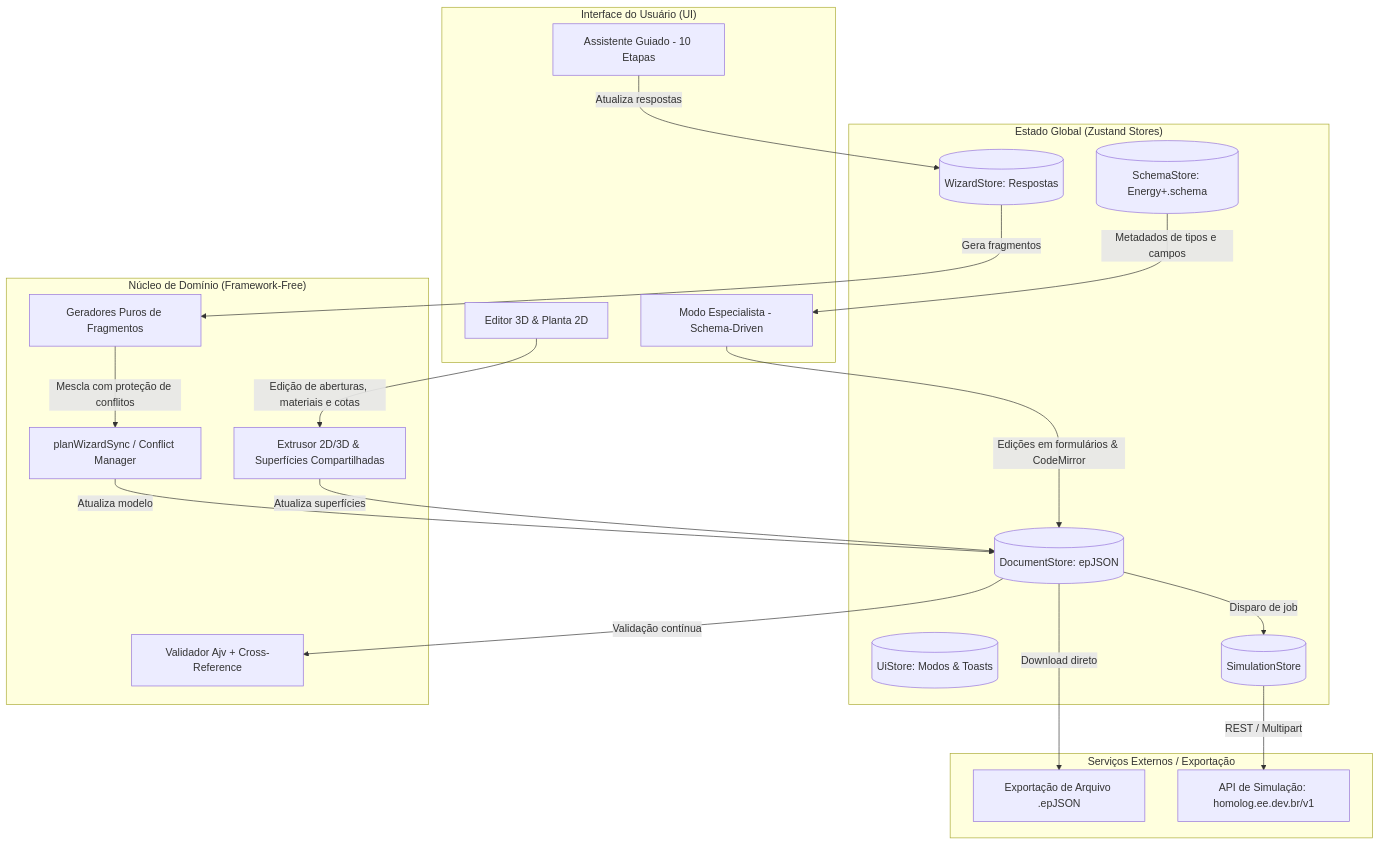
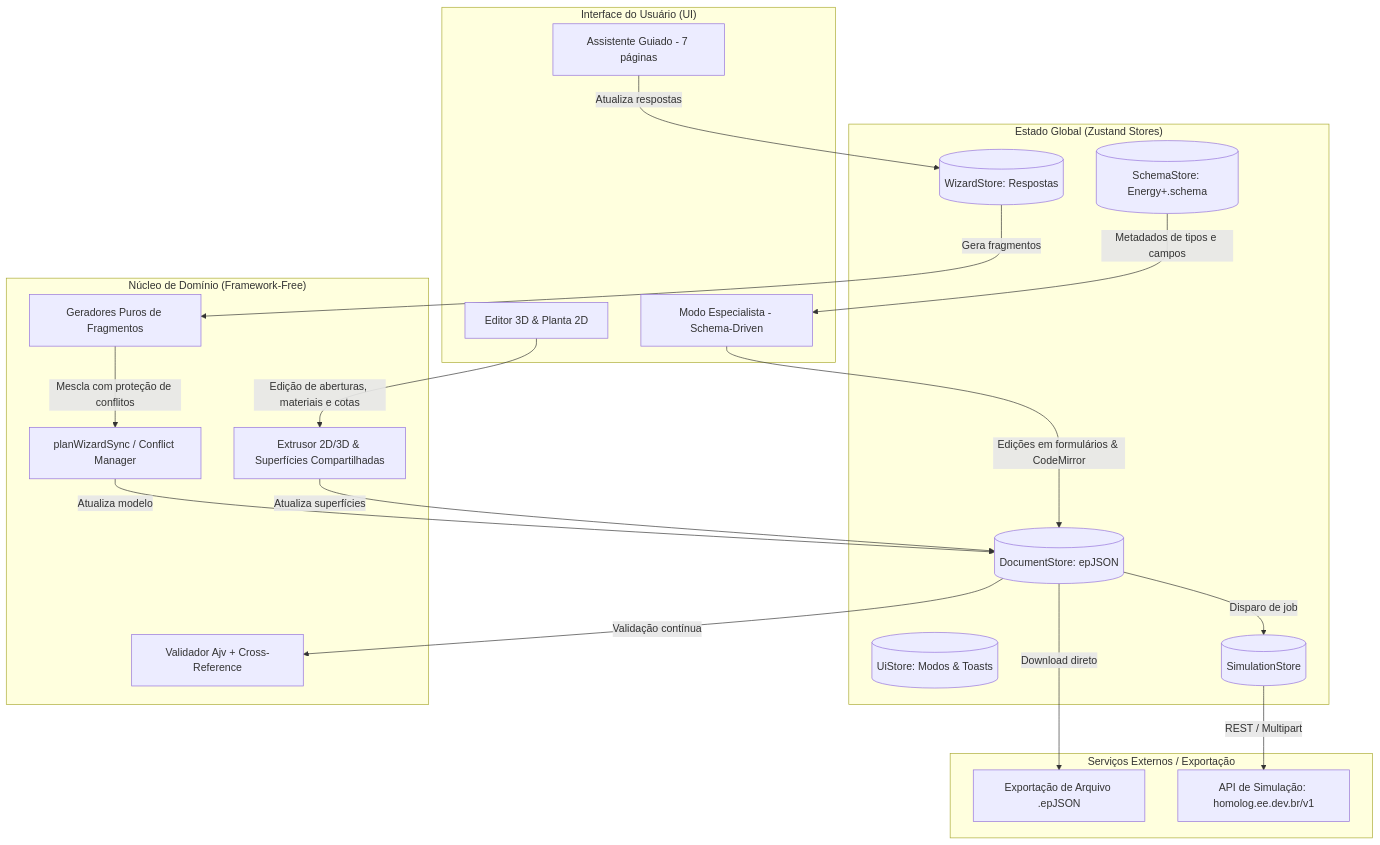
One commit to AlexandreProenca/energy-input changed the diagram in docs/PRD.md. Above: the diagram before and after it, drawn with Mermaid. The commit also changed other lines of this file and 11 other files, not shown here.

First line of the commit message:
feat(assistente): sete páginas em vez de dez

````diff
--- a/docs/PRD.md
+++ b/docs/PRD.md
@@ -77,44 +77,44 @@
 ```mermaid
 flowchart TD
     subgraph UI ["Interface do Usuário (UI)"]
-        W[Assistente Guiado - 10 Etapas]
+        W[Assistente Guiado - 7 páginas]
         G[Editor 3D & Planta 2D]
         E[Modo Especialista - Schema-Driven]
     end
 
     subgraph State ["Estado Global (Zustand Stores)"]
         DS[(DocumentStore: epJSON)]
         WS[(WizardStore: Respostas)]
         SS[(SchemaStore: Energy+.schema)]
         US[(UiStore: Modos & Toasts)]
         SIM[(SimulationStore)]
     end
 
     subgraph Core ["Núcleo de Domínio (Framework-Free)"]
         GEN[Geradores Puros de Fragmentos]
         SYNC[planWizardSync / Conflict Manager]
         VAL[Validador Ajv + Cross-Reference]
         GEO[Extrusor 2D/3D & Superfícies Compartilhadas]
     end
 
     subgraph External ["Serviços Externos / Exportação"]
         FILE[Exportação de Arquivo .epJSON]
         API[API de Simulação: homolog.ee.dev.br/v1]
     end
 
     W -->|Atualiza respostas| WS
     WS -->|Gera fragmentos| GEN
     GEN -->|Mescla com proteção de conflitos| SYNC
     SYNC -->|Atualiza modelo| DS
 
     G -->|Edição de aberturas, materiais e cotas| GEO
     GEO -->|Atualiza superfícies| DS
 
     E -->|Edições em formulários & CodeMirror| DS
     DS -->|Validação contínua| VAL
     SS -->|Metadados de tipos e campos| E
 
     DS -->|Download direto| FILE
     DS -->|Disparo de job| SIM
     SIM -->|REST / Multipart| API
 ```
````
